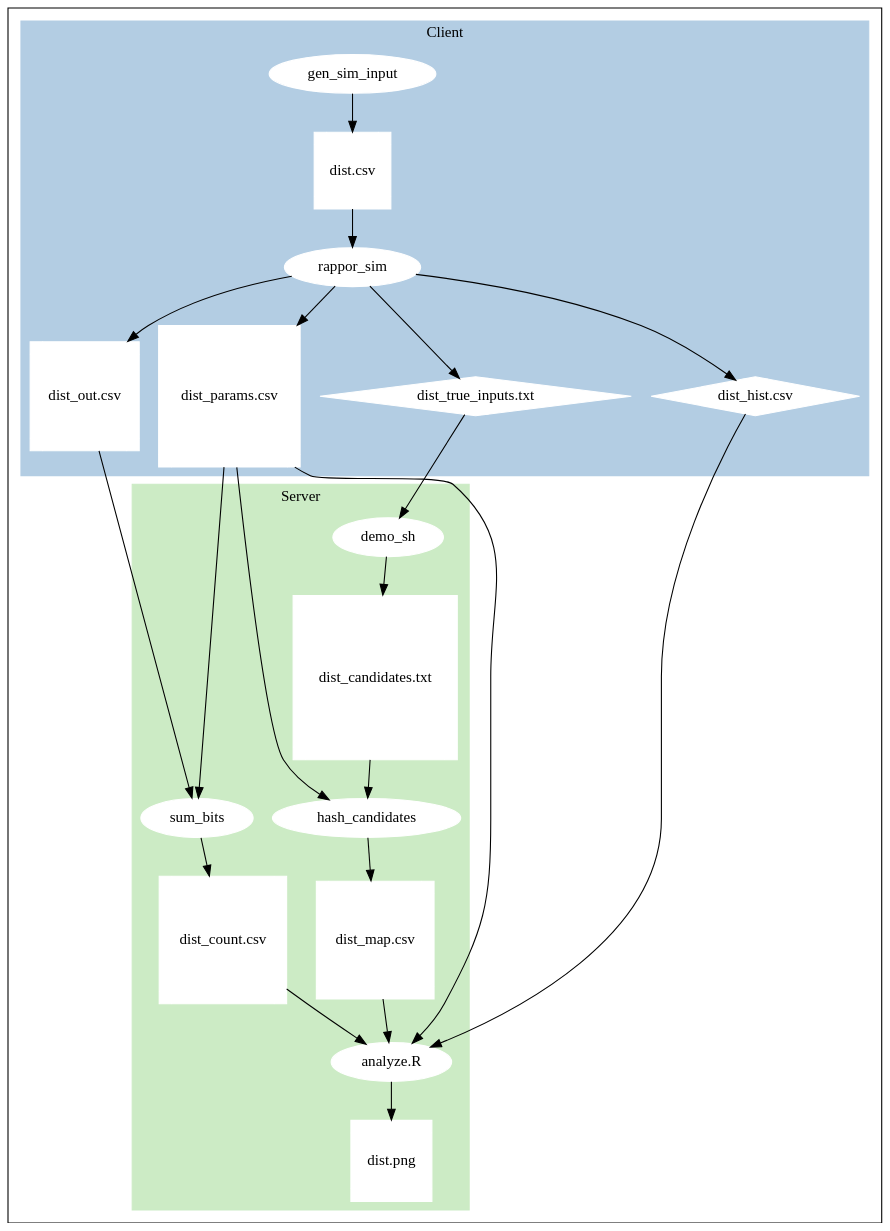
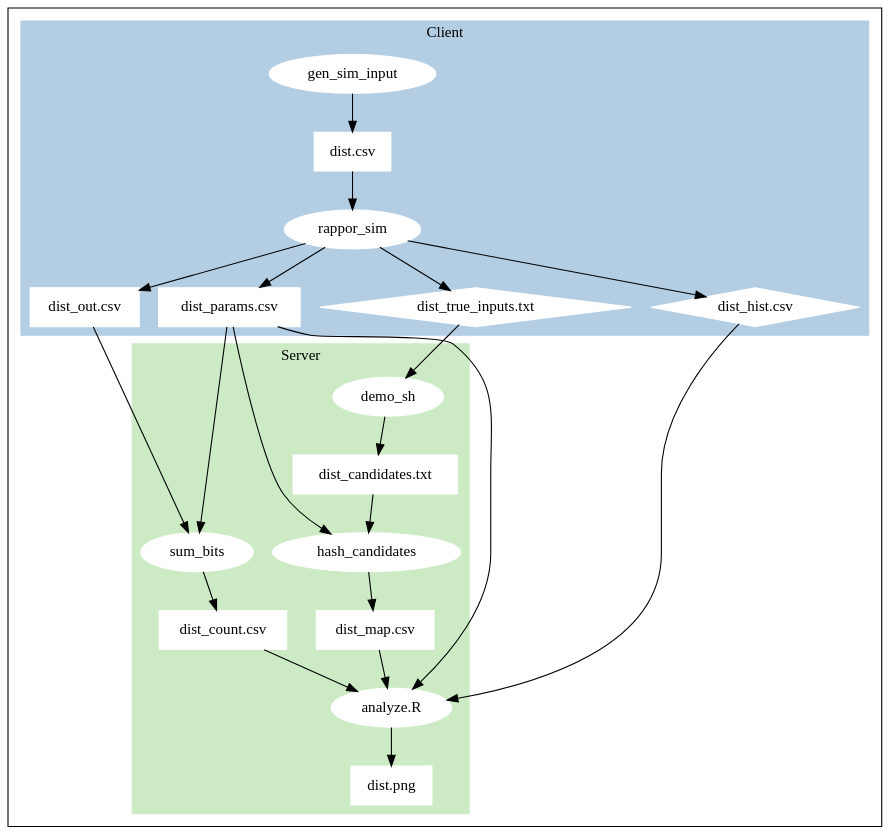
The diagram in doc/tools.dot (google/rappor), drawn with Graphviz before and after one commit.

Commit message:
Use rectangles

```diff
--- a/doc/tools.dot
+++ b/doc/tools.dot
@@ -1,69 +1,69 @@
 // Based on http://graphviz.org/content/cluster
 
 // Node types:
 //   Rectangle: process
 //   Oval: data
 //   Diamond: debug/simulation data
 
 digraph G {
   colorscheme=pastel13
 
   subgraph cluster_0 {
     label = "Client";
     style=filled;
     color=2;
 
     node [style=filled, color=white];
 
     gen_sim_input -> dist_csv -> rappor_sim;
     
     rappor_sim -> out;
     rappor_sim -> params;
     rappor_sim -> hist;
     rappor_sim -> true_inputs;
 
-    dist_csv [shape=Msquare, label="dist.csv"];
+    dist_csv [shape=Mbox, label="dist.csv"];
     rappor_sim [label="rappor_sim"];
-    out [shape=Msquare, label="dist_out.csv"];
-    params [shape=Msquare, label="dist_params.csv"];
+    out [shape=Mbox, label="dist_out.csv"];
+    params [shape=Mbox, label="dist_params.csv"];
 
     // simulation data
     hist [shape=Mdiamond, label="dist_hist.csv"];
     true_inputs [shape=Mdiamond, label="dist_true_inputs.txt"];
   }
 
   subgraph cluster_1 {
     label = "Server";
     style = filled;
     color=3;
 
     node [style=filled, color=white];
 
     sum_bits -> counts;
 
     // sum_bits needs the params to construct the matrix.  Technically it could
     // infer it, but this is simple.
     params -> sum_bits;
 
     true_inputs -> demo_sh -> candidates -> hash_candidates -> map;
     params -> hash_candidates;
 
     params -> analyze;
     map -> analyze;
     counts -> analyze;
     hist -> analyze;
 
     analyze -> plot_png;
 
     analyze [label="analyze.R"];
 
-    counts [shape=Msquare, label="dist_count.csv"];
-    candidates [shape=Msquare, label="dist_candidates.txt"];
-    map [shape=Msquare, label="dist_map.csv"];
+    counts [shape=Mbox, label="dist_count.csv"];
+    candidates [shape=Mbox, label="dist_candidates.txt"];
+    map [shape=Mbox, label="dist_map.csv"];
 
-    plot_png [shape=Msquare, label="dist.png"];
+    plot_png [shape=Mbox, label="dist.png"];
 
   }
 
   out -> sum_bits;
 }
```
